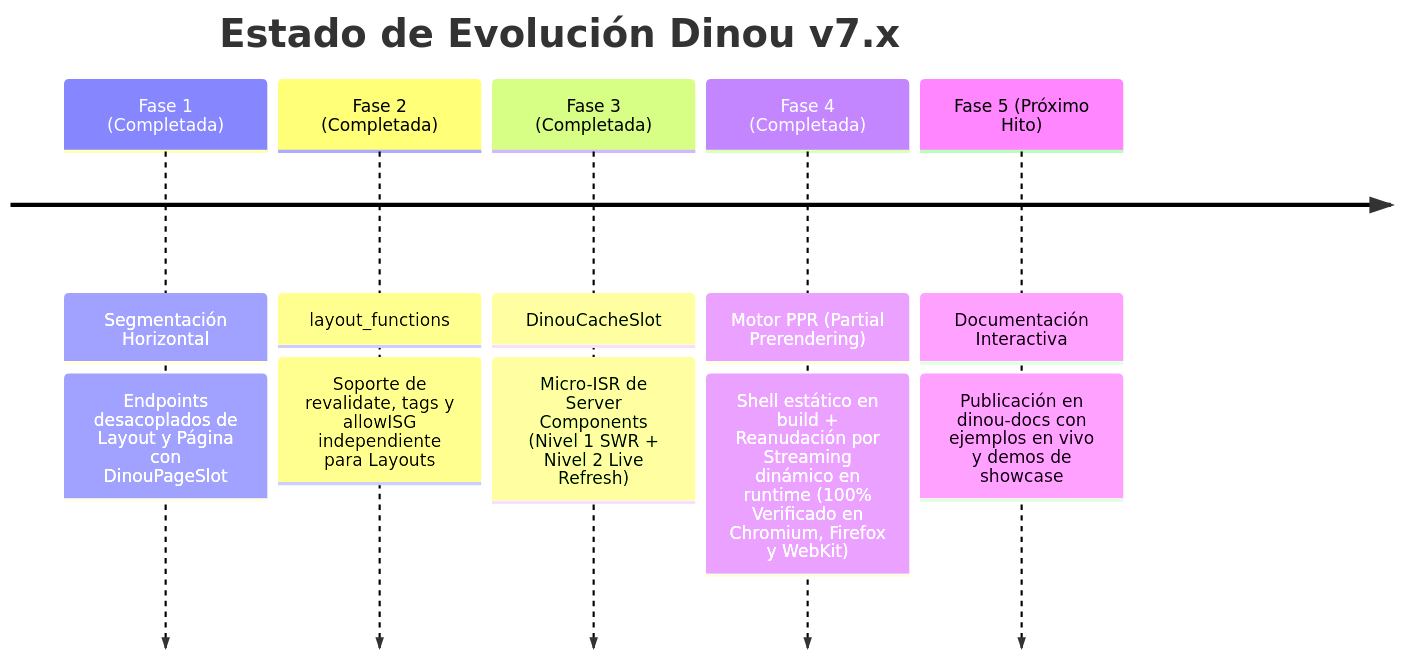
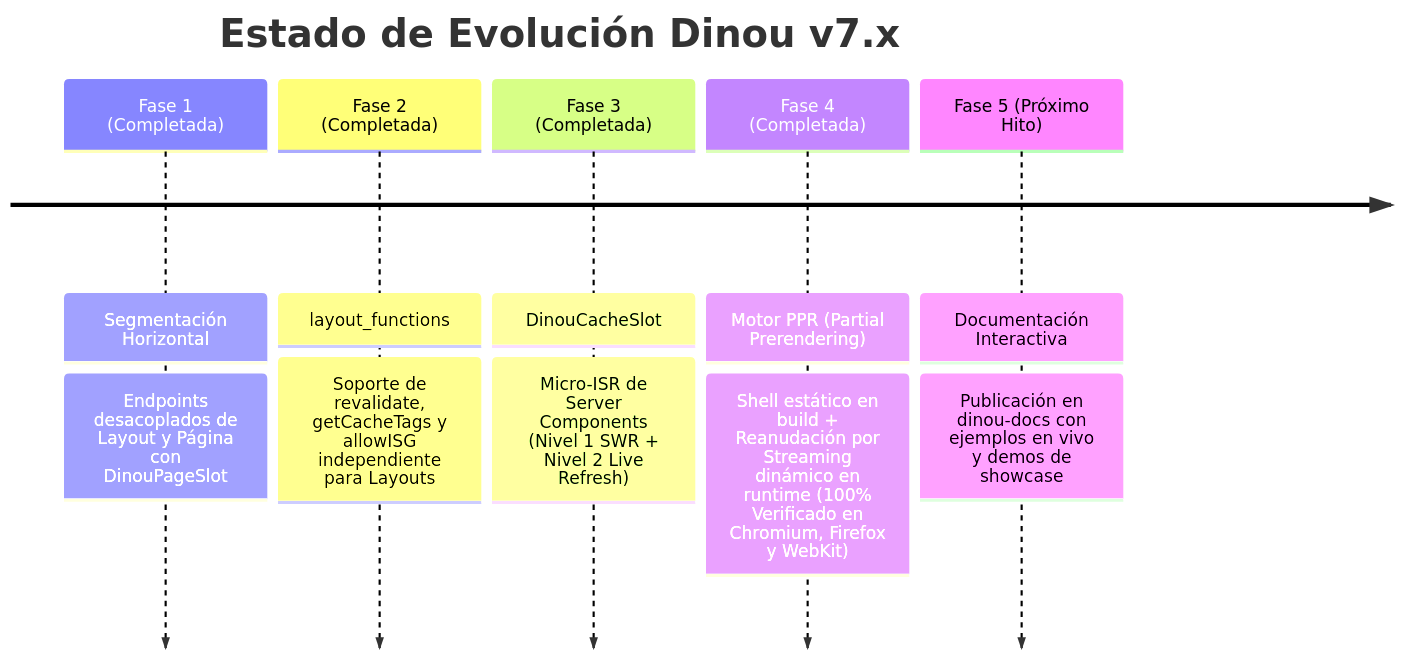
The third of 3 diagrams in docs.md (roggc/dinou-e2e), drawn with Mermaid before and after one commit. The commit also changed other lines of this file and 4 other files, not shown here.

Commit message:
getCacheTags only

````diff
--- a/docs.md
+++ b/docs.md
@@ -498,9 +498,9 @@
 ```mermaid
 timeline
     title Estado de Evolución Dinou v7.x
     Fase 1 (Completada) : Segmentación Horizontal : Endpoints desacoplados de Layout y Página con DinouPageSlot
-    Fase 2 (Completada) : layout_functions : Soporte de revalidate, tags y allowISG independiente para Layouts
+    Fase 2 (Completada) : layout_functions : Soporte de revalidate, getCacheTags y allowISG independiente para Layouts
     Fase 3 (Completada) : DinouCacheSlot : Micro-ISR de Server Components (Nivel 1 SWR + Nivel 2 Live Refresh)
     Fase 4 (Completada) : Motor PPR (Partial Prerendering) : Shell estático en build + Reanudación por Streaming dinámico en runtime (100% Verificado en Chromium, Firefox y WebKit)
     Fase 5 (Próximo Hito) : Documentación Interactiva : Publicación en dinou-docs con ejemplos en vivo y demos de showcase
 ```
````
